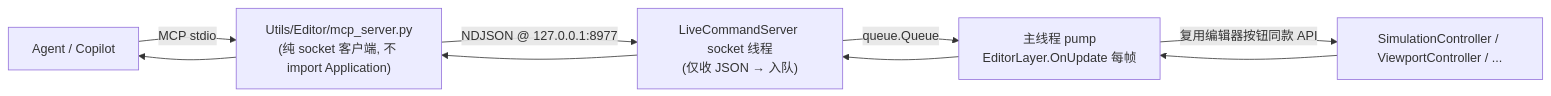
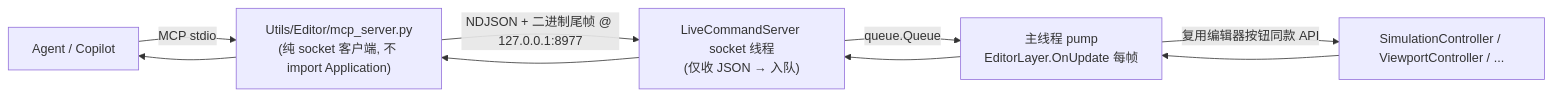
Before and after one commit to LeyeFang/FlyVibing-Engine: the diagram in Doc/Dev/editor_live_protocol.md, drawn with Mermaid. The commit also changed other lines of this file and 12 other files, not shown here.

````diff
--- a/Doc/Dev/editor_live_protocol.md
+++ b/Doc/Dev/editor_live_protocol.md
@@ -12,8 +12,8 @@
 ```mermaid
 flowchart LR
     A[Agent / Copilot] -- "MCP stdio" --> B["Utils/Editor/mcp_server.py<br/>(纯 socket 客户端, 不 import Application)"]
-    B -- "NDJSON @ 127.0.0.1:8977" --> C["LiveCommandServer socket 线程<br/>(仅收 JSON → 入队)"]
+    B -- "NDJSON + 二进制尾帧 @ 127.0.0.1:8977" --> C["LiveCommandServer socket 线程<br/>(仅收 JSON → 入队)"]
     C -- "queue.Queue" --> D["主线程 pump<br/>EditorLayer.OnUpdate 每帧"]
     D -- "复用编辑器按钮同款 API" --> E["SimulationController / ViewportController / ..."]
     E --> D --> C --> B --> A
 ```
````
